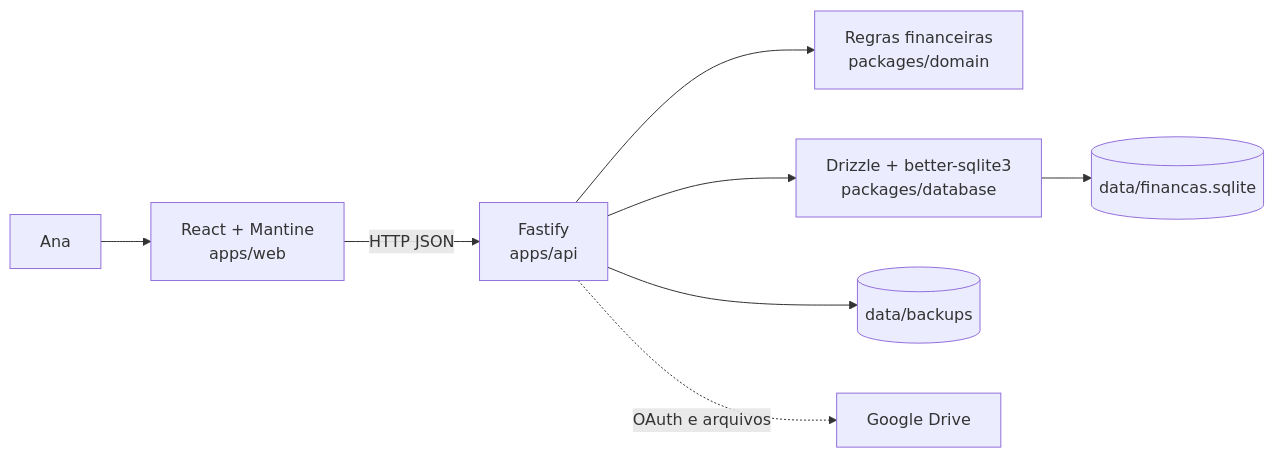
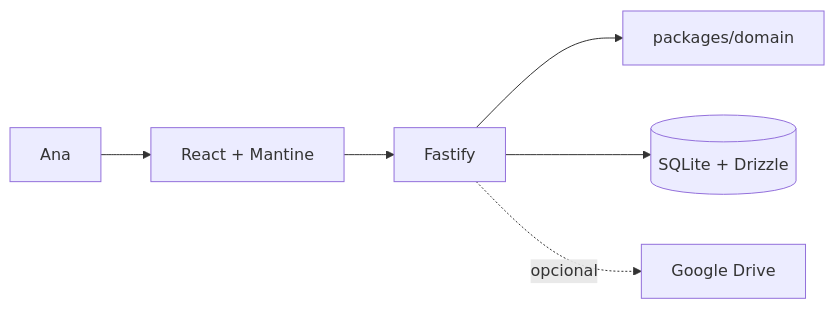
Before and after one commit to ana-biscalchin/finances: the diagram in .specs/codebase/ARCHITECTURE.md, drawn with Mermaid. The commit also changed other lines of this file and 16 other files, not shown here.

````diff
--- a/.specs/codebase/ARCHITECTURE.md
+++ b/.specs/codebase/ARCHITECTURE.md
@@ -13,10 +10,8 @@
 ```mermaid
 flowchart LR
-    Person[Ana] --> Web[React + Mantine<br/>apps/web]
-    Web -->|HTTP JSON| API[Fastify<br/>apps/api]
-    API --> Domain[Regras financeiras<br/>packages/domain]
-    API --> Database[Drizzle + better-sqlite3<br/>packages/database]
-    Database --> SQLite[(data/financas.sqlite)]
-    API --> Backups[(data/backups)]
-    API -. OAuth e arquivos .-> Drive[Google Drive]
+    Ana --> Web[React + Mantine]
+    Web --> API[Fastify]
+    API --> Domain[packages/domain]
+    API --> DB[(SQLite + Drizzle)]
+    API -. opcional .-> Drive[Google Drive]
 ```
````
